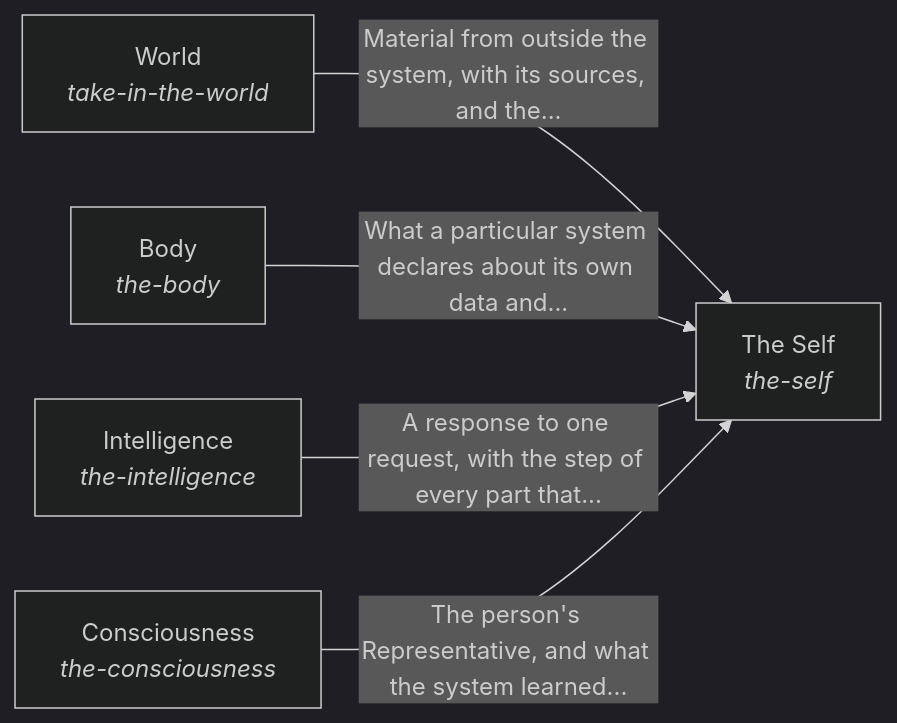
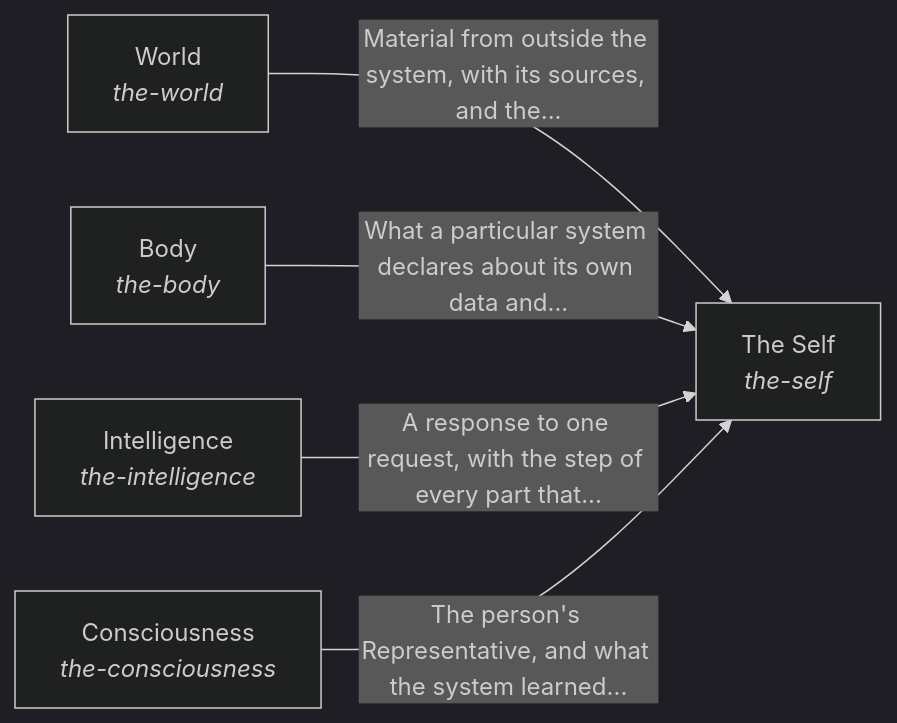
Before and after one commit to SpiritualData/ai-hub-of-hubs-structure: the diagram in esoi/README.md, drawn with Mermaid (dark theme). The commit also changed other lines of this file and 243 other files, not shown here.

First line of the commit message:
Hierarchy built flow-first: ids match names, replan loop, no fallback answer, real arms and metrics, Request Intake, Proactivity, Retriever merge

````diff
--- a/esoi/README.md
+++ b/esoi/README.md
@@ -17,12 +17,12 @@
 ```mermaid
 flowchart LR
-    s0["World<br/><i>take-in-the-world</i>"]
+    s0["World<br/><i>the-world</i>"]
     s1["The Self<br/><i>the-self</i>"]
     s2["Body<br/><i>the-body</i>"]
     s3["Intelligence<br/><i>the-intelligence</i>"]
     s4["Consciousness<br/><i>the-consciousness</i>"]
     s0 -->|"Material from outside the system, with its sources, and the..."| s1
     s2 -->|"What a particular system declares about its own data and..."| s1
     s3 -->|"A response to one request, with the step of every part that..."| s1
     s4 -->|"The person's Representative, and what the system learned..."| s1
 ```
````
